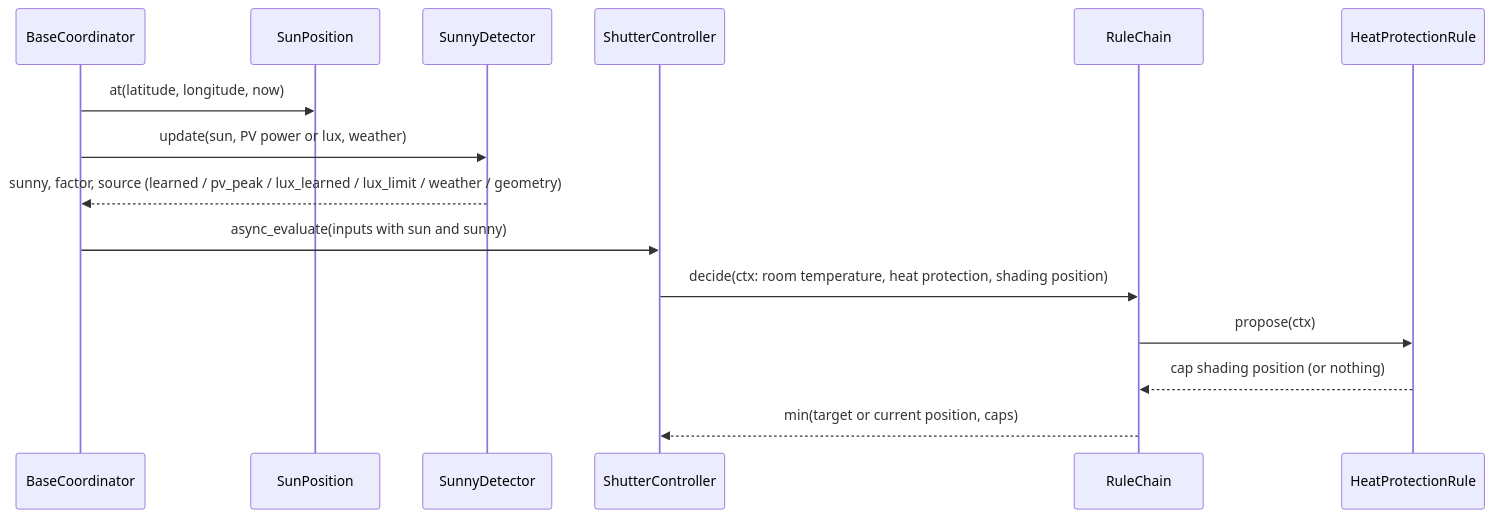
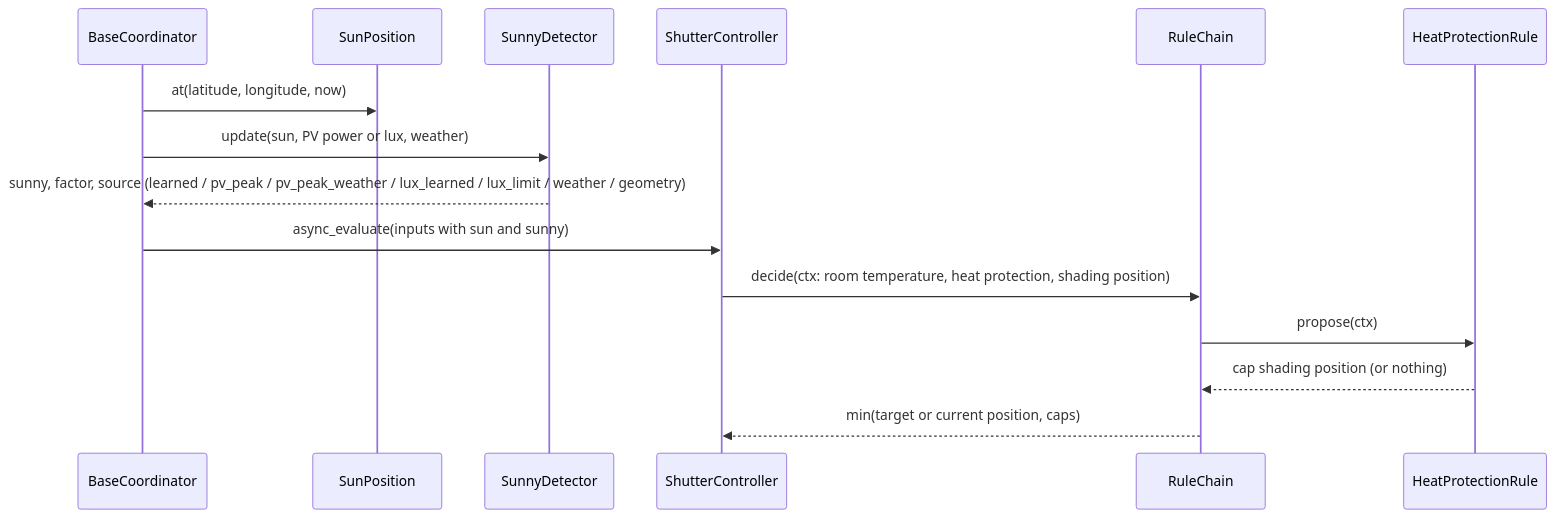
Diagram 12 of 47 in docs/architecture.md (abroeders/smart-shutter-control), drawn with Mermaid before and after one commit. The commit also changed other lines of this file and 18 other files, not shown here.

````diff
--- a/docs/architecture.md
+++ b/docs/architecture.md
@@ -518,17 +519,17 @@
 ```mermaid
 sequenceDiagram
     participant C as BaseCoordinator
     participant SP as SunPosition
     participant SD as SunnyDetector
     participant SC as ShutterController
     participant R as RuleChain
     participant H as HeatProtectionRule
     C->>SP: at(latitude, longitude, now)
     C->>SD: update(sun, PV power or lux, weather)
-    SD-->>C: sunny, factor, source (learned / pv_peak / lux_learned / lux_limit / weather / geometry)
+    SD-->>C: sunny, factor, source (learned / pv_peak / pv_peak_weather / lux_learned / lux_limit / weather / geometry)
     C->>SC: async_evaluate(inputs with sun and sunny)
     SC->>R: decide(ctx: room temperature, heat protection, shading position)
     R->>H: propose(ctx)
     H-->>R: cap shading position (or nothing)
     R-->>SC: min(target or current position, caps)
 ```
````
